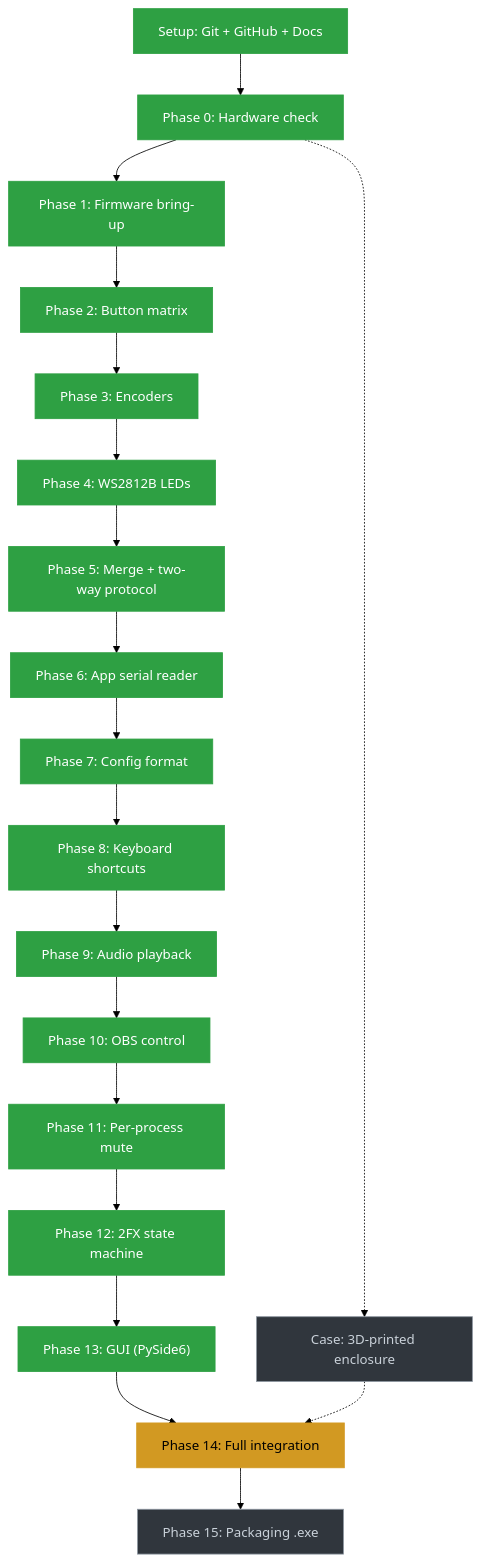
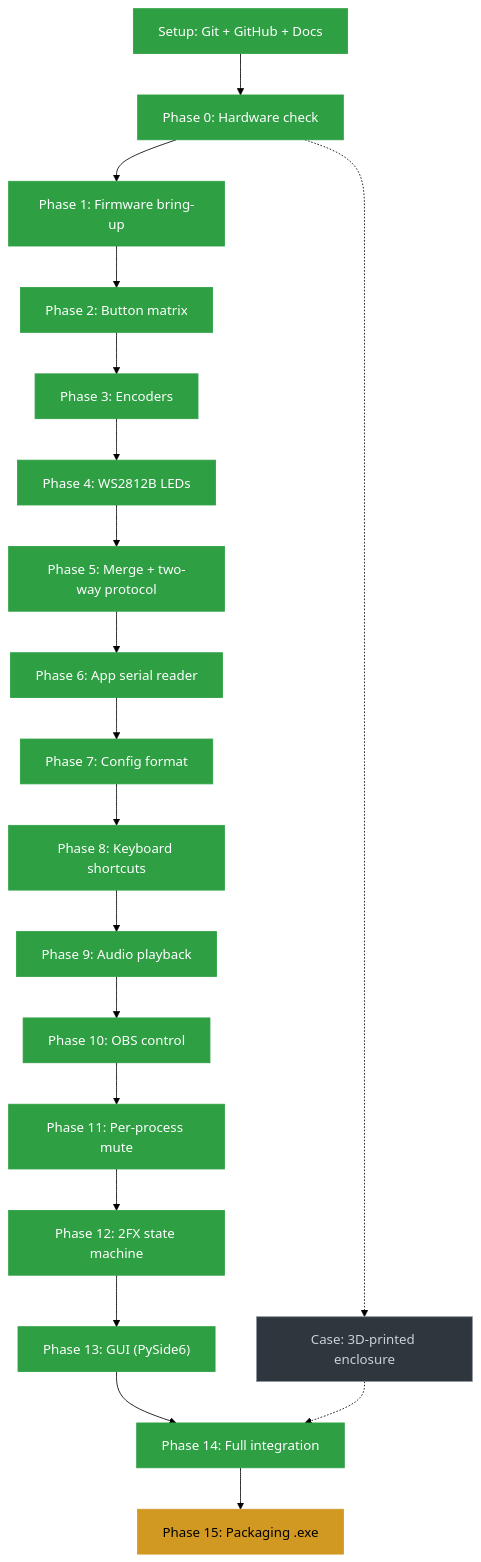
One commit to NeoCraftStudio/stream-deck-macro changed the diagram in README.md. Above: the diagram before and after it, drawn with Mermaid (forest theme). The commit also changed 4 other files, not shown here.

````diff
--- a/README.md
+++ b/README.md
@@ -20,25 +20,25 @@
 ```mermaid
 flowchart TD
     S["Setup: Git + GitHub + Docs"]:::done --> P0["Phase 0: Hardware check"]:::done
     P0 --> P1["Phase 1: Firmware bring-up"]:::done
     P1 --> P2["Phase 2: Button matrix"]:::done
     P2 --> P3["Phase 3: Encoders"]:::done
     P3 --> P4["Phase 4: WS2812B LEDs"]:::done
     P4 --> P5["Phase 5: Merge + two-way protocol"]:::done
     P5 --> P6["Phase 6: App serial reader"]:::done
     P6 --> P7["Phase 7: Config format"]:::done
     P7 --> P8["Phase 8: Keyboard shortcuts"]:::done
     P8 --> P9["Phase 9: Audio playback"]:::done
     P9 --> P10["Phase 10: OBS control"]:::done
     P10 --> P11["Phase 11: Per-process mute"]:::done
     P11 --> P12["Phase 12: 2FX state machine"]:::done
     P12 --> P13["Phase 13: GUI (PySide6)"]:::done
-    P13 --> P14["Phase 14: Full integration"]:::current
-    P14 --> P15["Phase 15: Packaging .exe"]:::todo
+    P13 --> P14["Phase 14: Full integration"]:::done
+    P14 --> P15["Phase 15: Packaging .exe"]:::current
     P0 -.-> C["Case: 3D-printed enclosure"]:::todo
     C -.-> P14
 
     classDef done fill:#2ea043,stroke:#2ea043,color:#fff
     classDef current fill:#d29922,stroke:#d29922,color:#000
     classDef todo fill:#30363d,stroke:#8b949e,color:#c9d1d9
 ```
````
